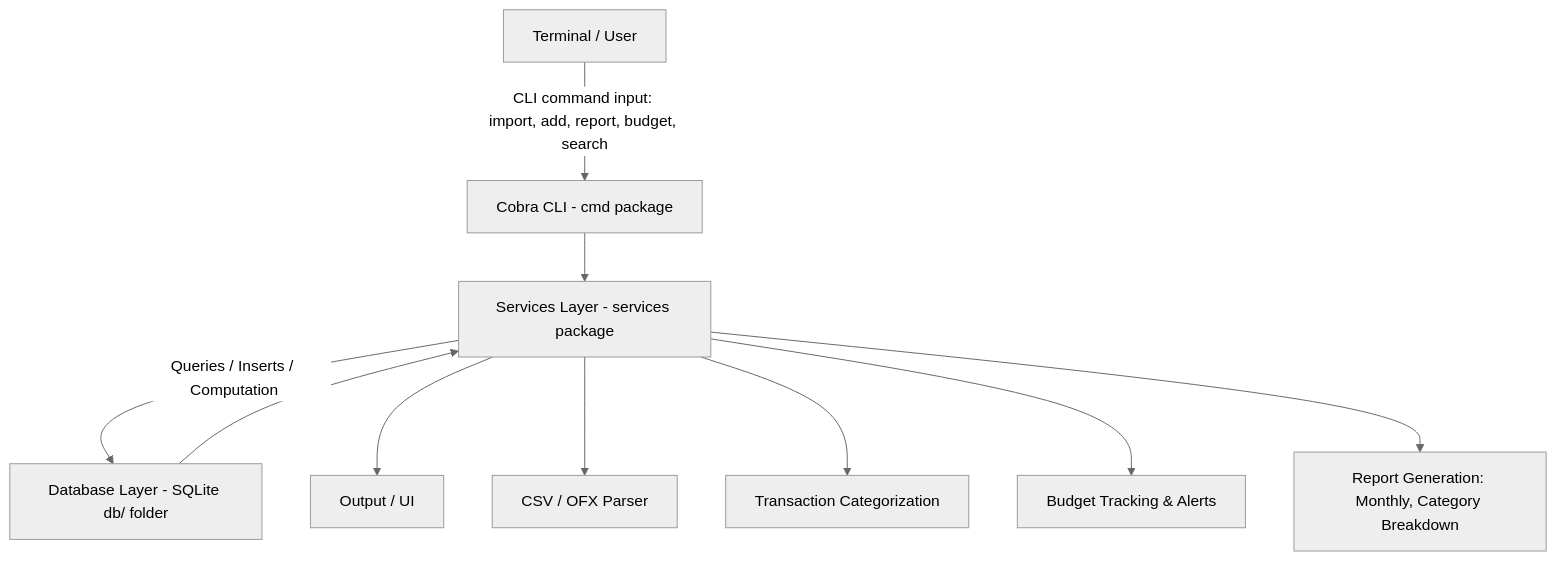
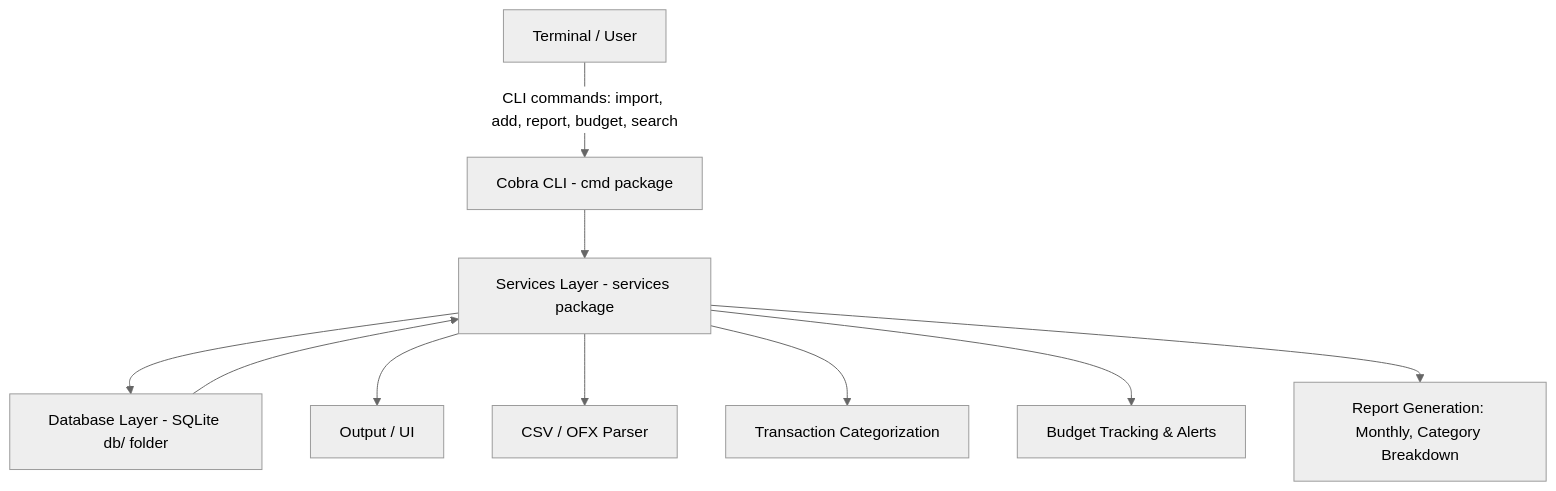
One commit to sebianc/ATAD_project changed the diagram in README.md. Above: the diagram before and after it, drawn with Mermaid (neutral theme).

Commit message:
Update CLI command descriptions in README

````diff
--- a/README.md
+++ b/README.md
@@ -34,14 +34,14 @@
 ```mermaid
 graph TD
-    User[Terminal / User] -->|CLI command input: import, add, report, budget, search| CLI[Cobra CLI - cmd package]
+    User[Terminal / User] -->|CLI commands: import, add, report, budget, search| CLI[Cobra CLI - cmd package]
     CLI --> Services[Services Layer - services package]
-    Services -->|Queries / Inserts / Computation| DB[Database Layer - SQLite db/ folder]
+    Services --> DB[Database Layer - SQLite db/ folder]
     DB --> Services
     Services --> Output[Output / UI]
 
     %% Services Details (without special characters)
     Services --> Parser[CSV / OFX Parser]
     Services --> Categorization[Transaction Categorization]
     Services --> BudgetManager[Budget Tracking & Alerts]
     Services --> ReportGen[Report Generation: Monthly, Category Breakdown]
 ```
````
